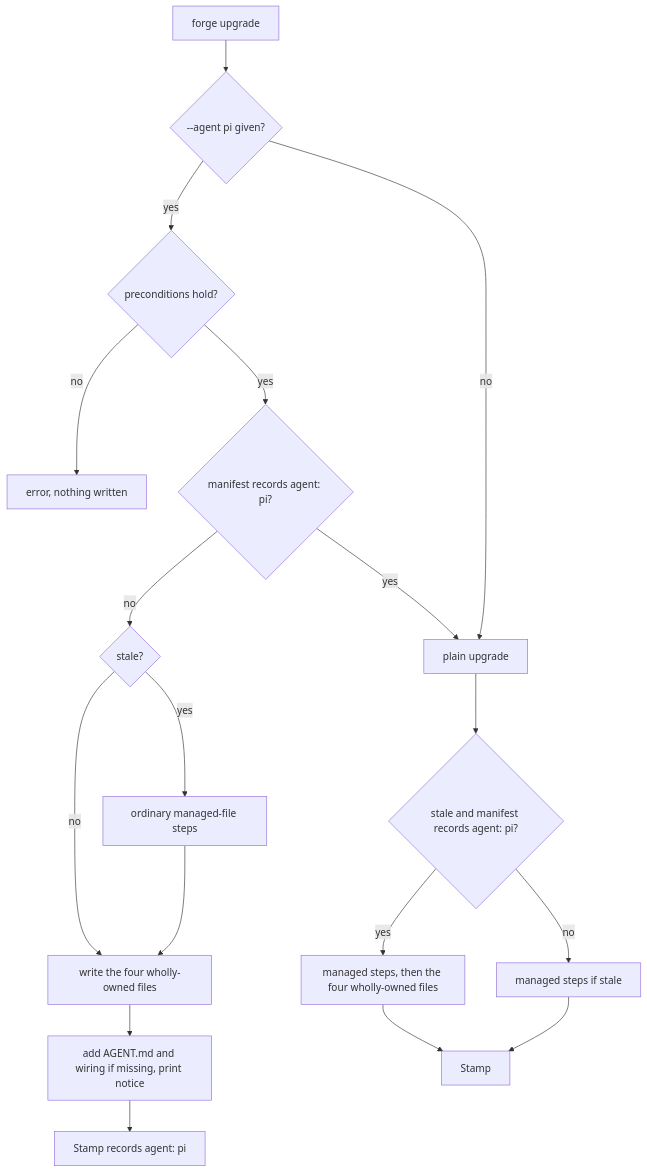
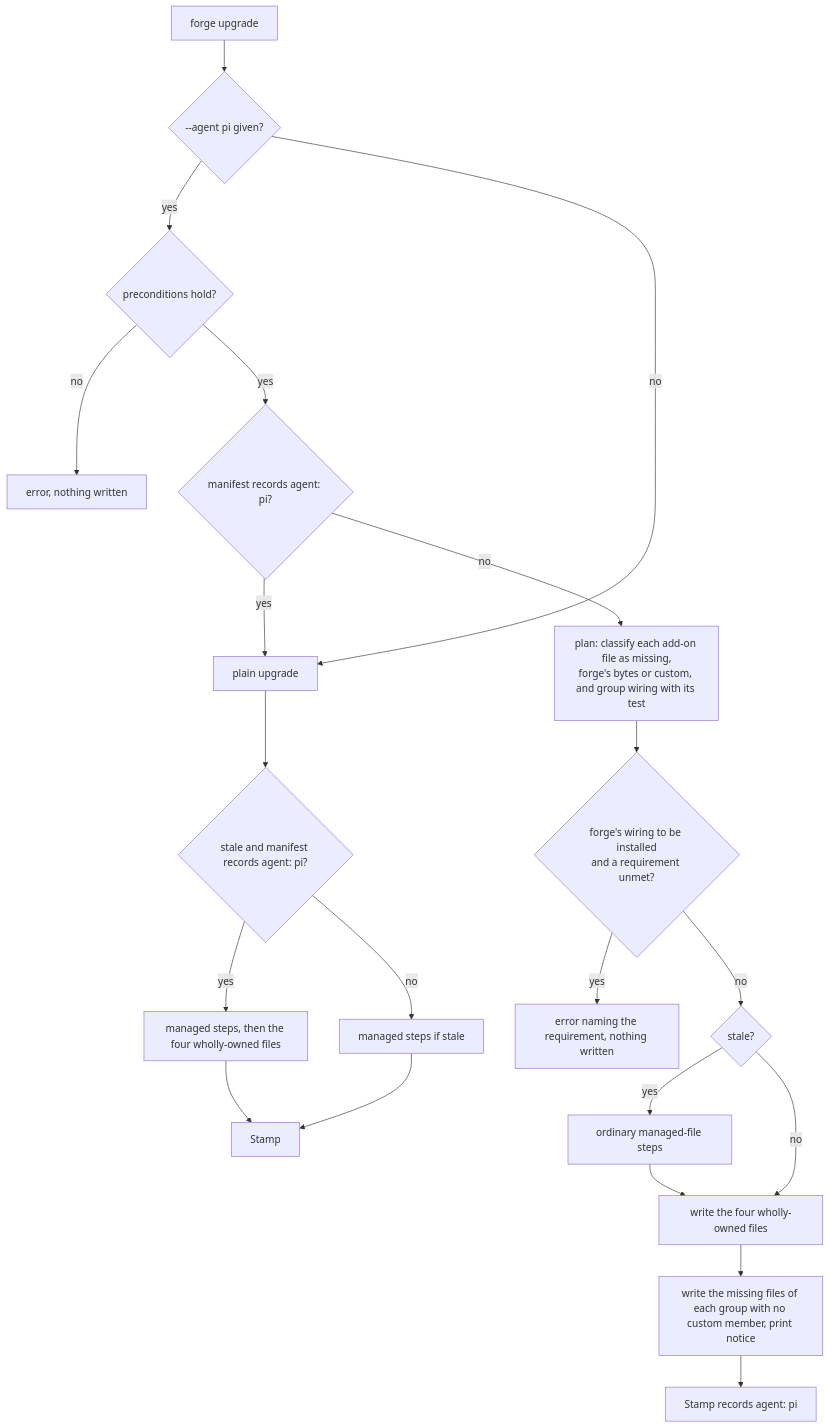
The fourth of 4 diagrams in docs/SPEC.md (AvogadroSG1/forge), drawn with Mermaid before and after one commit. The commit also changed other lines of this file and 8 other files, not shown here.

````diff
--- a/docs/SPEC.md
+++ b/docs/SPEC.md
@@ -1256,20 +1275,23 @@
 ```mermaid
 flowchart TD
     S["forge upgrade"] --> F{"--agent pi given?"}
     F -->|"yes"| P{"preconditions hold?"}
     P -->|"no"| E["error, nothing written"]
     P -->|"yes"| R{"manifest records agent: pi?"}
     R -->|"yes"| PL["plain upgrade"]
-    R -->|"no"| ST{"stale?"}
+    R -->|"no"| PF["plan: classify each add-on file as missing,<br/>forge's bytes or custom, and group wiring with its test"]
+    PF --> Q{"forge's wiring to be installed<br/>and a requirement unmet?"}
+    Q -->|"yes"| E2["error naming the requirement, nothing written"]
+    Q -->|"no"| ST{"stale?"}
     F -->|"no"| PL
     ST -->|"yes"| M["ordinary managed-file steps"]
     ST -->|"no"| O
     M --> O["write the four wholly-owned files"]
-    O --> W["add AGENT.md and wiring if missing, print notice"]
+    O --> W["write the missing files of each group with no custom member, print notice"]
     W --> Z["Stamp records agent: pi"]
     PL --> PA{"stale and manifest records agent: pi?"}
     PA -->|"yes"| PO["managed steps, then the four wholly-owned files"]
     PA -->|"no"| PZ["managed steps if stale"]
     PO --> PS["Stamp"]
     PZ --> PS
 ```
````
